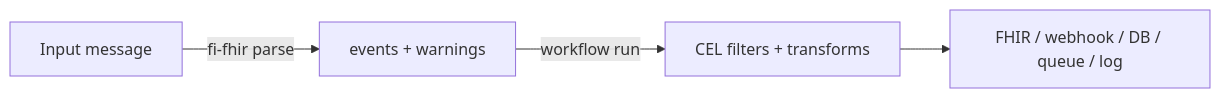
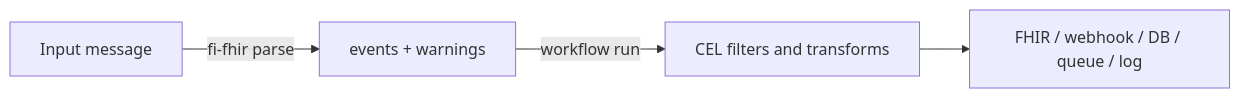
The diagram in examples/README.md (crb2nu/fi-fhir), drawn with Mermaid before and after one commit. The commit also changed 2 other files, not shown here.

Commit message:
docs: fix mermaid syntax for GitLab
Avoid referencing subgraphs as nodes and use GitLab-compatible edge labeling.

````diff
--- a/examples/README.md
+++ b/examples/README.md
@@ -16,6 +16,6 @@
 ```mermaid
 flowchart LR
   MSG[Input message] -->|fi-fhir parse| EVT[events + warnings]
-  EVT -->|workflow run| ROUTE[CEL filters + transforms]
+  EVT -->|workflow run| ROUTE[CEL filters and transforms]
   ROUTE --> OUT[FHIR / webhook / DB / queue / log]
 ```
````
